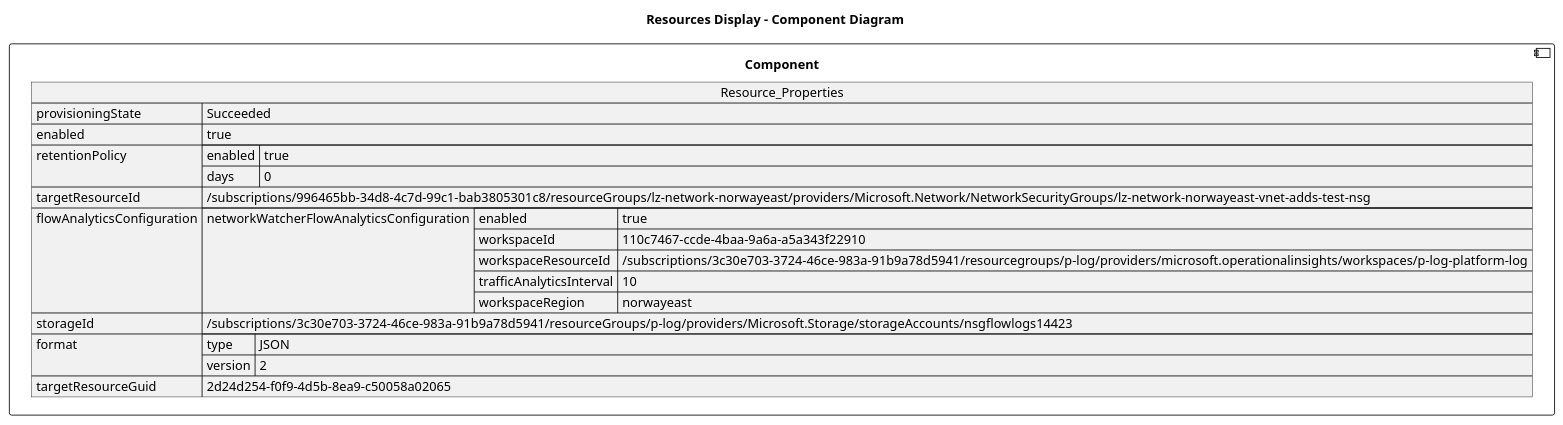
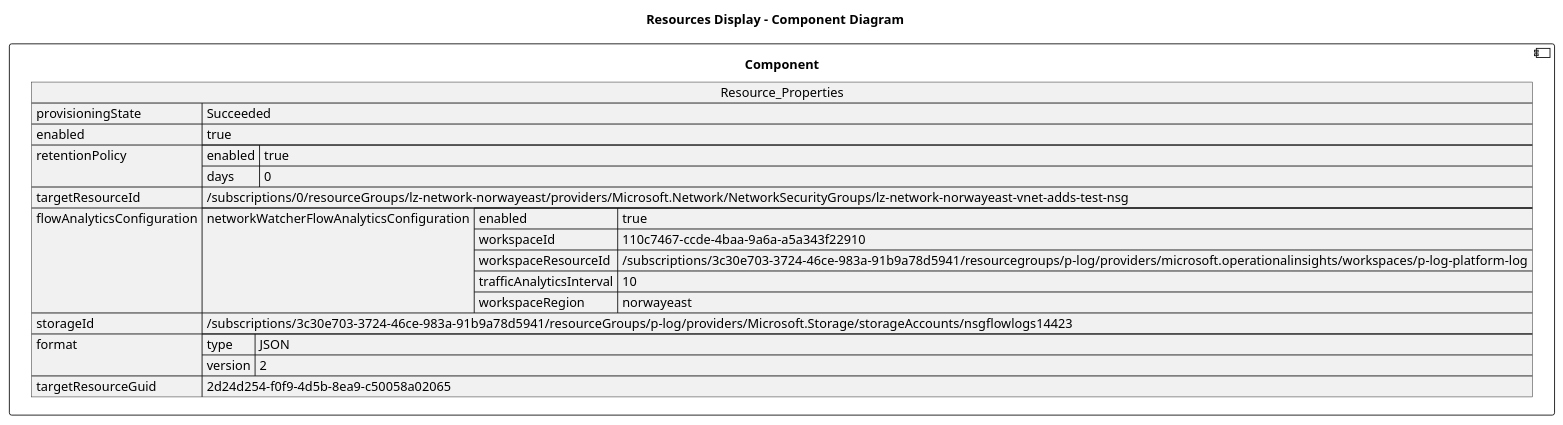
One commit to DanielAmpong/Test-Azure-architecture-diagram changed the diagram in architectureDesign/PUML/NetworkWatcherRG_Resources/lz-network-norwayeast-vnet-adds-test-nsg-flowlog.puml. Above: the diagram before and after it, drawn with PlantUML. The commit also changed 321 other files, not shown here.

```diff
--- a/architectureDesign/PUML/NetworkWatcherRG_Resources/lz-network-norwayeast-vnet-adds-test-nsg-flowlog.puml
+++ b/architectureDesign/PUML/NetworkWatcherRG_Resources/lz-network-norwayeast-vnet-adds-test-nsg-flowlog.puml
@@ -1,32 +1,32 @@
 @startuml
 
 title Resources Display - Component Diagram
 
 component Component {
 
 json  Resource_Properties {
   "provisioningState": "Succeeded",
   "enabled": true,
   "retentionPolicy": {
     "enabled": true,
     "days": 0
   },
-  "targetResourceId": "/subscriptions/996465bb-34d8-4c7d-99c1-bab3805301c8/resourceGroups/lz-network-norwayeast/providers/Microsoft.Network/NetworkSecurityGroups/lz-network-norwayeast-vnet-adds-test-nsg",
+  "targetResourceId": "/subscriptions/0/resourceGroups/lz-network-norwayeast/providers/Microsoft.Network/NetworkSecurityGroups/lz-network-norwayeast-vnet-adds-test-nsg",
   "flowAnalyticsConfiguration": {
     "networkWatcherFlowAnalyticsConfiguration": {
       "enabled": true,
       "workspaceId": "110c7467-ccde-4baa-9a6a-a5a343f22910",
       "workspaceResourceId": "/subscriptions/3c30e703-3724-46ce-983a-91b9a78d5941/resourcegroups/p-log/providers/microsoft.operationalinsights/workspaces/p-log-platform-log",
       "trafficAnalyticsInterval": 10,
       "workspaceRegion": "norwayeast"
     }
   },
   "storageId": "/subscriptions/3c30e703-3724-46ce-983a-91b9a78d5941/resourceGroups/p-log/providers/Microsoft.Storage/storageAccounts/nsgflowlogs14423",
   "format": {
     "type": "JSON",
     "version": 2
   },
   "targetResourceGuid": "2d24d254-f0f9-4d5b-8ea9-c50058a02065"
 }
 }
 @enduml
```
